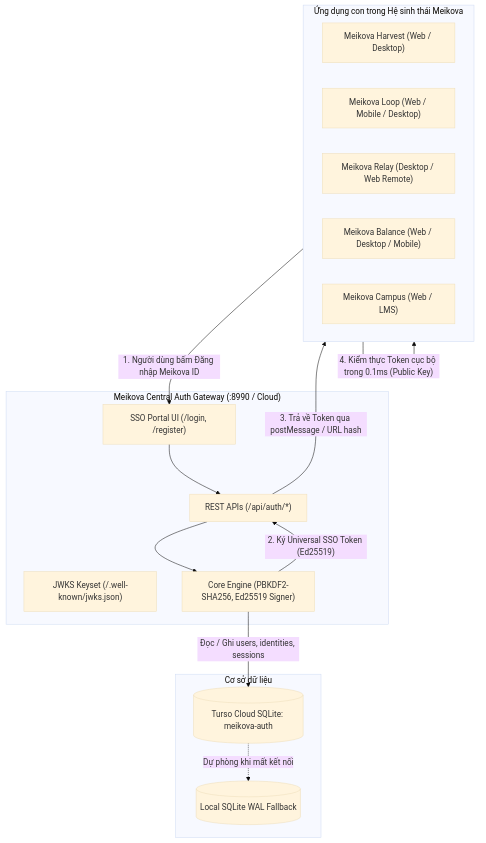
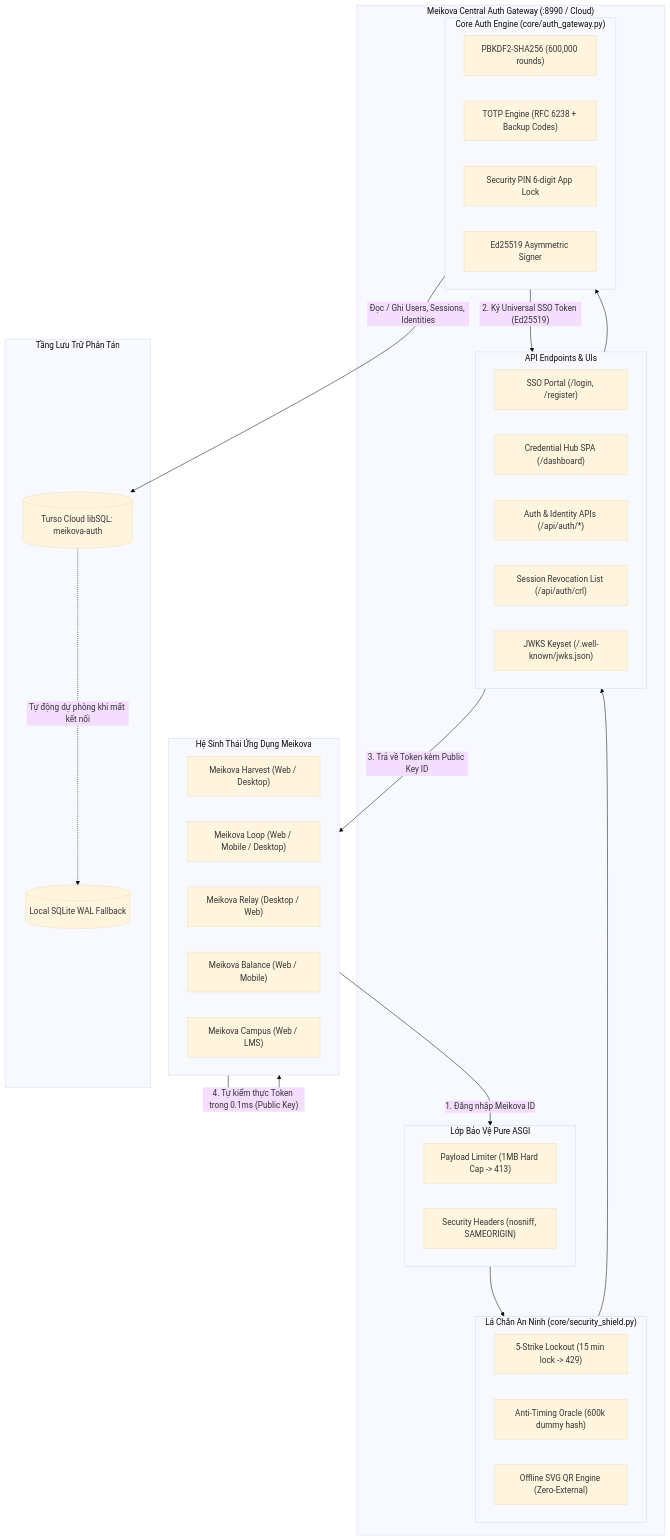
Before and after one commit to Meikova/meikova-auth: the diagram in README.md, drawn with Mermaid (base theme). The commit also changed other lines of this file and 1 other file, not shown here.

Commit message:
docs(brand): overhaul readme and polish sso portal brand palette [skip ci]

````diff
--- a/README.md
+++ b/README.md
@@ -58,31 +85,53 @@
 ```mermaid
 flowchart TD
-    subgraph Clients["Ứng dụng con trong Hệ sinh thái Meikova"]
+    subgraph Clients["Hệ Sinh Thái Ứng Dụng Meikova"]
         Harvest["Meikova Harvest (Web / Desktop)"]
         Loop["Meikova Loop (Web / Mobile / Desktop)"]
-        Relay["Meikova Relay (Desktop / Web Remote)"]
-        Balance["Meikova Balance (Web / Desktop / Mobile)"]
+        Relay["Meikova Relay (Desktop / Web)"]
+        Balance["Meikova Balance (Web / Mobile)"]
         Campus["Meikova Campus (Web / LMS)"]
     end
 
-    subgraph AuthGateway["Meikova Central Auth Gateway (:8990 / Cloud)"]
-        SSO["SSO Portal UI (/login, /register)"]
-        API["REST APIs (/api/auth/*)"]
-        JWKS["JWKS Keyset (/.well-known/jwks.json)"]
-        Core["Core Engine (PBKDF2-SHA256, Ed25519 Signer)"]
+    subgraph AuthServer["Meikova Central Auth Gateway (:8990 / Cloud)"]
+        subgraph ASGILayer["Lớp Bảo Vệ Pure ASGI"]
+            PayloadGuard["Payload Limiter (1MB Hard Cap -> 413)"]
+            SecHeaders["Security Headers (nosniff, SAMEORIGIN)"]
+        end
+
+        subgraph SecurityShield["Lá Chắn An Ninh (core/security_shield.py)"]
+            StrikeTracker["5-Strike Lockout (15 min lock -> 429)"]
+            TimingEqualizer["Anti-Timing Oracle (600k dummy hash)"]
+            QREngine["Offline SVG QR Engine (Zero-External)"]
+        end
+
+        subgraph AppEndpoints["API Endpoints & UIs"]
+            SSOUI["SSO Portal (/login, /register)"]
+            DashboardUI["Credential Hub SPA (/dashboard)"]
+            AuthAPIs["Auth & Identity APIs (/api/auth/*)"]
+            CRL["Session Revocation List (/api/auth/crl)"]
+            JWKS["JWKS Keyset (/.well-known/jwks.json)"]
+        end
+
+        subgraph CoreEngine["Core Auth Engine (core/auth_gateway.py)"]
+            PBKDF2["PBKDF2-SHA256 (600,000 rounds)"]
+            TOTPEngine["TOTP Engine (RFC 6238 + Backup Codes)"]
+            PINEngine["Security PIN 6-digit App Lock"]
+            Ed25519Signer["Ed25519 Asymmetric Signer"]
+        end
     end
 
-    subgraph Storage["Cơ sở dữ liệu"]
-        Turso[("Turso Cloud SQLite: meikova-auth")]
+    subgraph Storage["Tầng Lưu Trữ Phân Tán"]
+        Turso[("Turso Cloud libSQL: meikova-auth")]
         Fallback[("Local SQLite WAL Fallback")]
     end
 
-    Clients -->|"1. Người dùng bấm Đăng nhập Meikova ID"| SSO
-    SSO --> API
-    API --> Core
-    Core -->|"Đọc / Ghi users, identities, sessions"| Turso
-    Turso -.->|"Dự phòng khi mất kết nối"| Fallback
-    Core -->|"2. Ký Universal SSO Token (Ed25519)"| API
-    API -->|"3. Trả về Token qua postMessage / URL hash"| Clients
-    Clients -->|"4. Kiểm thực Token cục bộ trong 0.1ms (Public Key)"| Clients
+    Clients -->|"1. Đăng nhập Meikova ID"| ASGILayer
+    ASGILayer --> SecurityShield
+    SecurityShield --> AppEndpoints
+    AppEndpoints --> CoreEngine
+    CoreEngine -->|"Đọc / Ghi Users, Sessions, Identities"| Turso
+    Turso -.->|"Tự động dự phòng khi mất kết nối"| Fallback
+    CoreEngine -->|"2. Ký Universal SSO Token (Ed25519)"| AppEndpoints
+    AppEndpoints -->|"3. Trả về Token kèm Public Key ID"| Clients
+    Clients -->|"4. Tự kiểm thực Token trong 0.1ms (Public Key)"| Clients
 ```
````
